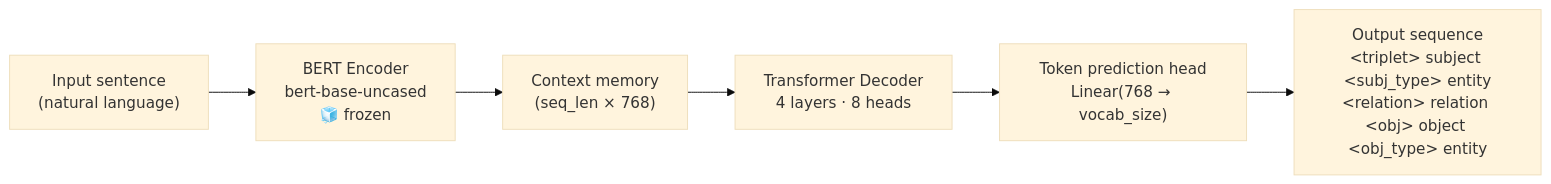
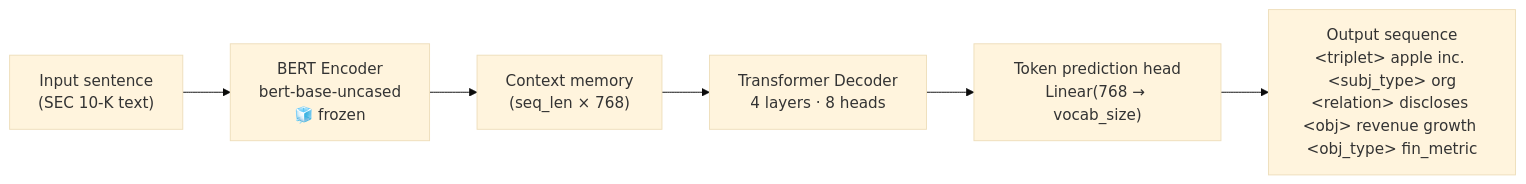
The diagram in README.md (LeonardoDiCaterina/bert-kg-extraction-pipeline), drawn with Mermaid (base theme) before and after one commit. The commit also changed other lines of this file and 1 other file, not shown here.

Commit message:
feat: transition to SEC 10-K financial knowledge graph pipeline with Qwen-based teacher extraction

````diff
--- a/README.md
+++ b/README.md
@@ -13,8 +14,8 @@
 ```mermaid
 graph LR
-    A["Input sentence\n(natural language)"] --> B["BERT Encoder\nbert-base-uncased\n🧊 frozen"]
+    A["Input sentence\n(SEC 10-K text)"] --> B["BERT Encoder\nbert-base-uncased\n🧊 frozen"]
     B --> C["Context memory\n(seq_len × 768)"]
     C --> D["Transformer Decoder\n4 layers · 8 heads"]
     D --> E["Token prediction head\nLinear(768 → vocab_size)"]
-    E --> F["Output sequence\n&lt;triplet&gt; subject &lt;subj_type&gt; entity\n&lt;relation&gt; relation &lt;obj&gt; object &lt;obj_type&gt; entity"]
+    E --> F["Output sequence\n&lt;triplet&gt; apple inc. &lt;subj_type&gt; org\n&lt;relation&gt; discloses &lt;obj&gt; revenue growth &lt;obj_type&gt; fin_metric"]
 ```
````
